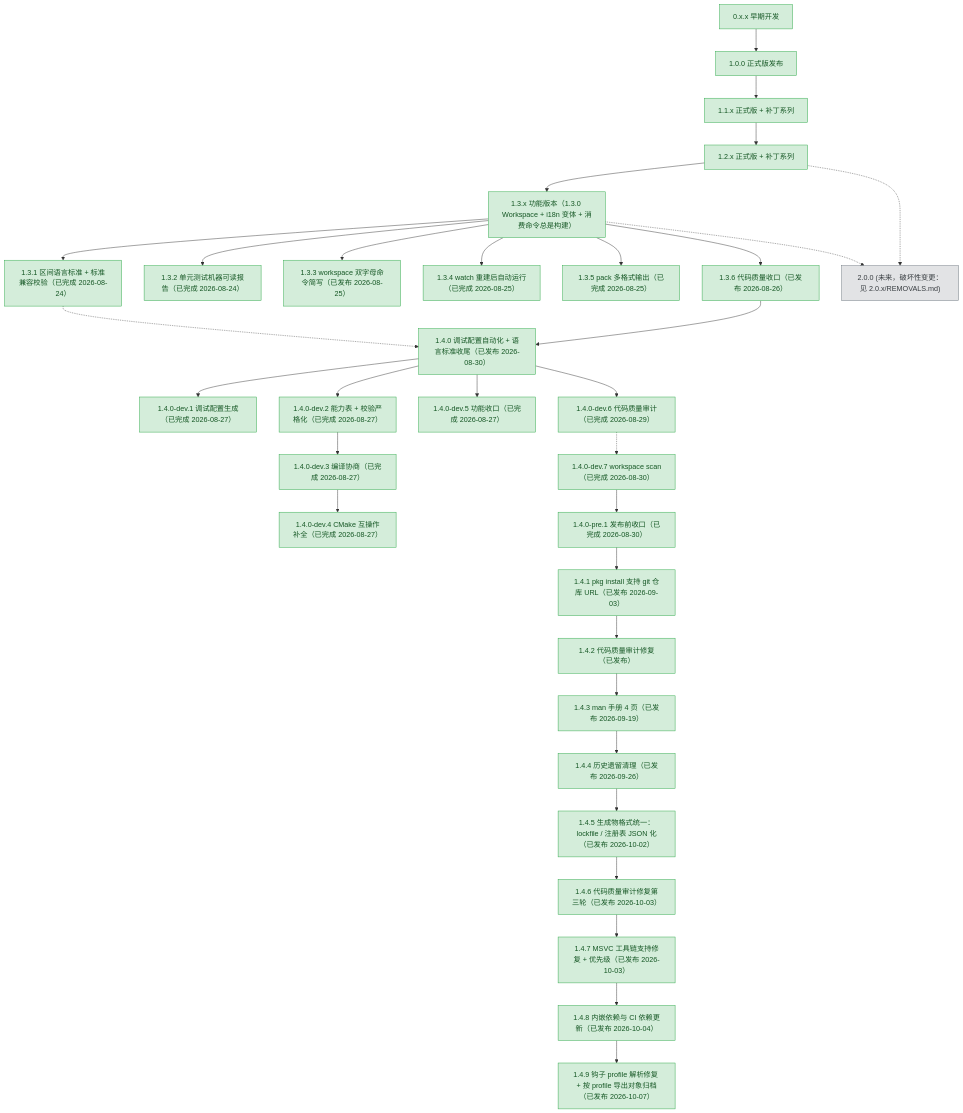
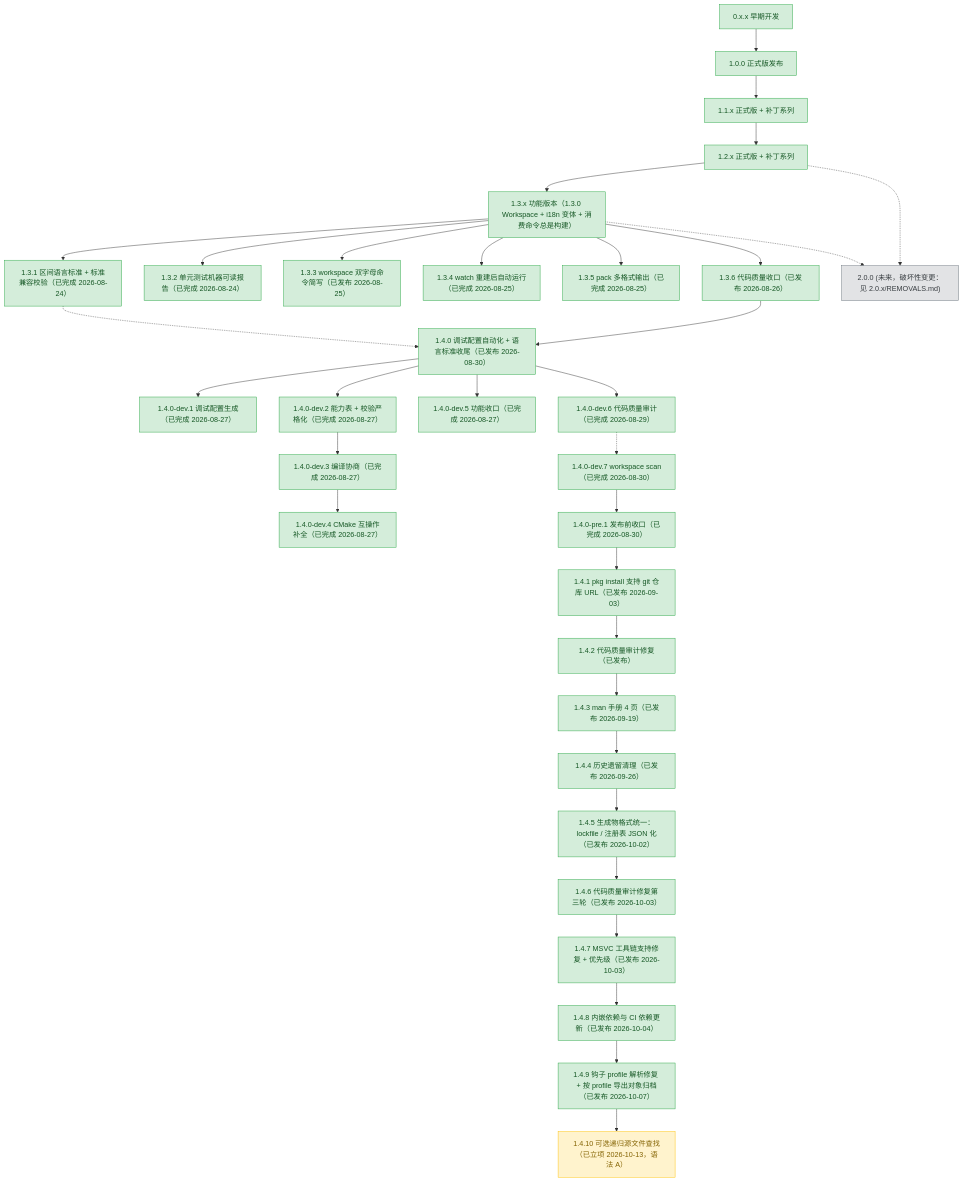
Before and after one commit to 3667808244/EazyMake: the diagram in plans/README.md, drawn with Mermaid. The commit also changed other lines of this file and 3 other files, not shown here.

````diff
--- a/plans/README.md
+++ b/plans/README.md
@@ -106,6 +106,7 @@
     v147p["1.4.7 MSVC 工具链支持修复 + 优先级（已发布 2026-10-03）"]
     v148p["1.4.8 内嵌依赖与 CI 依赖更新（已发布 2026-10-04）"]
     v149p["1.4.9 钩子 profile 解析修复 + 按 profile 导出对象归档（已发布 2026-10-07）"]
+    v1410["1.4.10 可选递归源文件查找（已立项 2026-10-13，语法 A）"]
     v200["2.0.0 (未来，破坏性变更：见 2.0.x/REMOVALS.md)"]
 
     v0xx --> v100
@@ -136,6 +137,7 @@
     v146p --> v147p
     v147p --> v148p
     v148p --> v149p
+    v149p --> v1410
     v131 -.-> v140
     v12x -.-> v200
     v13x -.-> v200
@@ -172,5 +174,6 @@
     class v147p done;
     class v148p done;
     class v149p done;
+    class v1410 active;
     class v200 todo;
 ```
````
